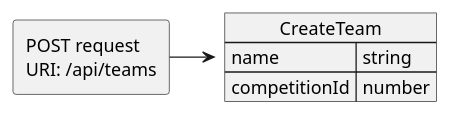
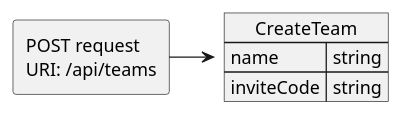
The diagram in docs/JSON Contracts/Requests/CreateTeam.puml (JKMN-Projects/TeamTactics), drawn with PlantUML before and after one commit. The commit also changed 7 other files, not shown here.

Commit message:
Refactored create team to use invite code

```diff
--- a/docs/JSON Contracts/Requests/CreateTeam.puml
+++ b/docs/JSON Contracts/Requests/CreateTeam.puml
@@ -1,11 +1,11 @@
 @startuml Create team request
 allowmixing
 
 agent "POST request \nURI: /api/teams"
   json "CreateTeam" as J {
     "name": "string",
-    "competitionId": "number"
+    "inviteCode": "string"
   }
 
 "POST request \nURI: /api/teams" -> J 
 @enduml
```
